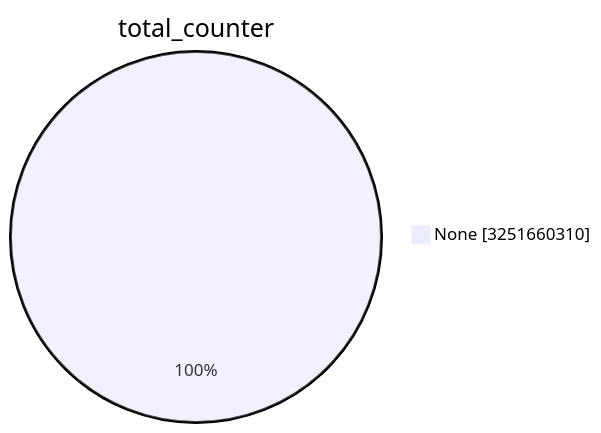
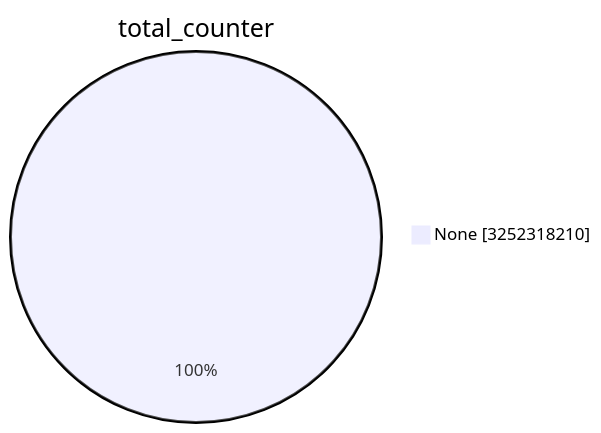
The first of 15 diagrams in TOTAL/README.md (christiankrug/ctmonitor_visualization), drawn with Mermaid before and after one commit. The commit also changed other lines of this file, not shown here.

````diff
--- a/TOTAL/README.md
+++ b/TOTAL/README.md
@@ -1,5 +1,5 @@
 ```mermaid
 pie showData
 title total_counter
-"None" :3251660310
+"None" :3252318210
 ```
````
